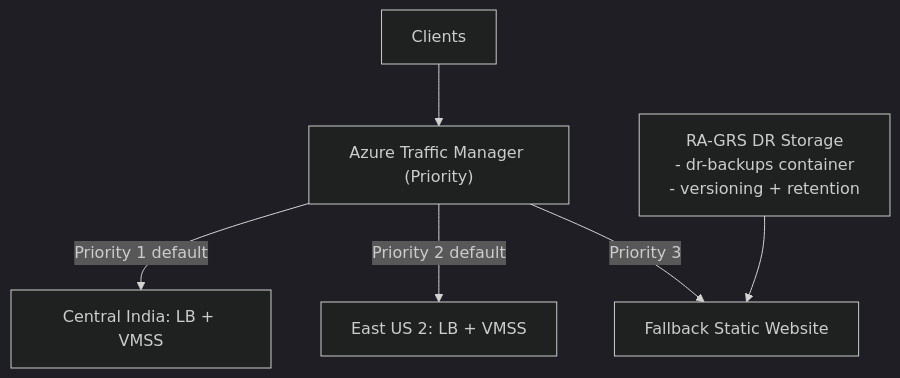
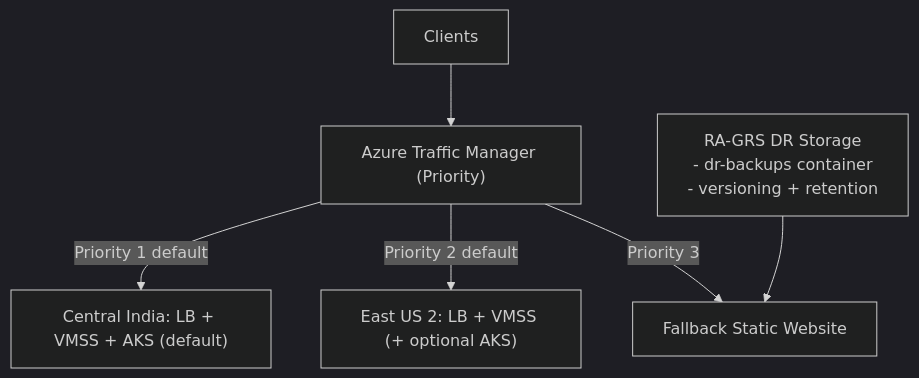
The diagram in terraform-azure-multi-region-ha/README.md (anjan-tummalapalli/terraform-azure-multi-region-ha), drawn with Mermaid (dark theme) before and after one commit. The commit also changed other lines of this file and 9 other files, not shown here.

Commit message:
Add AKS module with architecture docs and usage guide

````diff
--- a/terraform-azure-multi-region-ha/README.md
+++ b/terraform-azure-multi-region-ha/README.md
@@ -47,9 +53,9 @@
 ```mermaid
 flowchart TD
     C["Clients"] --> TM["Azure Traffic Manager (Priority)"]
-    TM -->|Priority 1 default| IN["Central India: LB + VMSS"]
-    TM -->|Priority 2 default| US["East US 2: LB + VMSS"]
+    TM -->|Priority 1 default| IN["Central India: LB + VMSS + AKS (default)"]
+    TM -->|Priority 2 default| US["East US 2: LB + VMSS (+ optional AKS)"]
     TM -->|Priority 3| FB["Fallback Static Website"]
 
     DR["RA-GRS DR Storage\n- dr-backups container\n- versioning + retention"] --> FB
 ```
````
